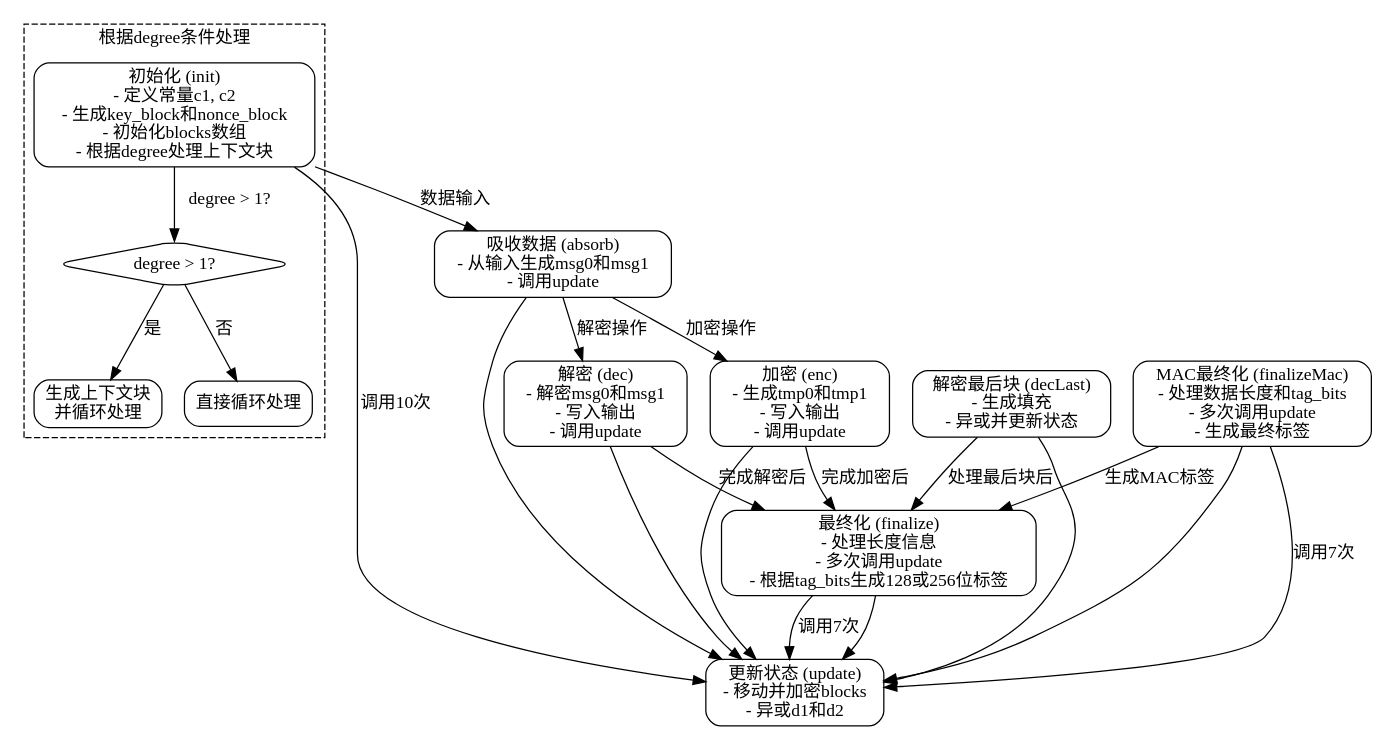
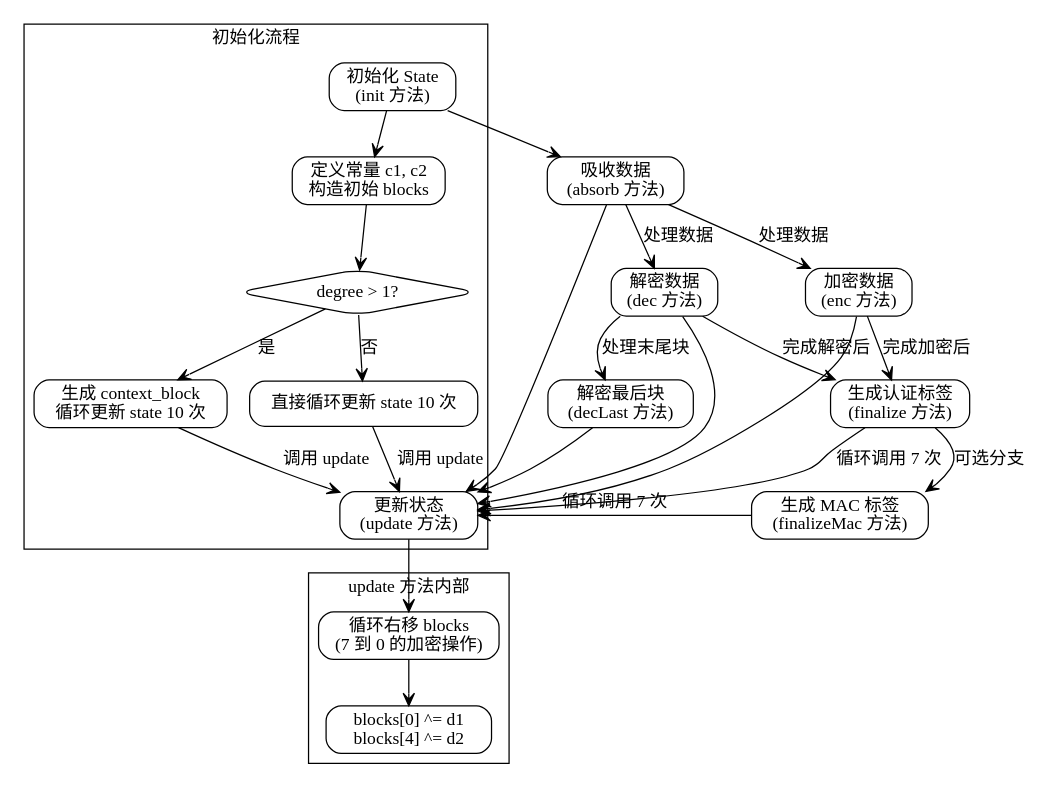
Before and after one commit to sdzx-1/deepseek-zig-reader: the diagram in dot_std/crypto/aegis.zig.State128X.md, drawn with Graphviz. The commit also changed other lines of this file and 236 other files, not shown here.

````diff
--- a/dot_std/crypto/aegis.zig.State128X.md
+++ b/dot_std/crypto/aegis.zig.State128X.md
@@ -17,62 +39,60 @@
-```dot
+```graphviz
 digraph State128X {
     rankdir=TB;
     node [shape=rectangle, style="rounded"];
+    edge [arrowhead=vee];
 
-    // 初始化
-    init [label="初始化 (init)\n- 定义常量c1, c2\n- 生成key_block和nonce_block\n- 初始化blocks数组\n- 根据degree处理上下文块"];
-    init -> update [label="调用10次"];
+    // 主要函数节点
+    init [label="初始化 State\n(init 方法)"];
+    update [label="更新状态\n(update 方法)"];
+    absorb [label="吸收数据\n(absorb 方法)"];
+    enc [label="加密数据\n(enc 方法)"];
+    dec [label="解密数据\n(dec 方法)"];
+    decLast [label="解密最后块\n(decLast 方法)"];
+    finalize [label="生成认证标签\n(finalize 方法)"];
+    finalizeMac [label="生成 MAC 标签\n(finalizeMac 方法)"];
 
-    // 更新状态
-    update [label="更新状态 (update)\n- 移动并加密blocks\n- 异或d1和d2"];
+    // 条件分支和循环
+    subgraph cluster_init {
+        label="初始化流程";
+        init_c1c2 [label="定义常量 c1, c2\n构造初始 blocks"];
+        check_degree [shape=diamond, label="degree > 1?"];
+        context_block [label="生成 context_block\n循环更新 state 10 次"];
+        default_loop [label="直接循环更新 state 10 次"];
 
-    // 吸收数据
-    absorb [label="吸收数据 (absorb)\n- 从输入生成msg0和msg1\n- 调用update"];
-
-    // 加密
-    enc [label="加密 (enc)\n- 生成tmp0和tmp1\n- 写入输出\n- 调用update"];
-
-    // 解密
-    dec [label="解密 (dec)\n- 解密msg0和msg1\n- 写入输出\n- 调用update"];
-
-    // 解密最后块
-    decLast [label="解密最后块 (decLast)\n- 生成填充\n- 异或并更新状态"];
-
-    // 最终化生成标签
-    finalize [label="最终化 (finalize)\n- 处理长度信息\n- 多次调用update\n- 根据tag_bits生成128或256位标签"];
-    finalize -> update [label="调用7次"];
-
-    // MAC最终化
-    finalizeMac [label="MAC最终化 (finalizeMac)\n- 处理数据长度和tag_bits\n- 多次调用update\n- 生成最终标签"];
-    finalizeMac -> update [label="调用7次"];
-
-    // 条件分支
-    subgraph cluster_degree {
-        label="根据degree条件处理";
-        style=dashed;
-        init -> condition_degree [label="degree > 1?"];
-        condition_degree [shape=diamond, label="degree > 1?"];
-        condition_degree -> context_block [label="是"];
-        condition_degree -> direct_loop [label="否"];
-        context_block [label="生成上下文块\n并循环处理"];
-        direct_loop [label="直接循环处理"];
+        init -> init_c1c2;
+        init_c1c2 -> check_degree;
+        check_degree -> context_block [label="是"];
+        check_degree -> default_loop [label="否"];
+        context_block -> update [label="调用 update"];
+        default_loop -> update [label="调用 update"];
     }
 
-    // 函数调用关系
+    // update 方法的内部流程
+    subgraph cluster_update {
+        label="update 方法内部";
+        rotate_blocks [label="循环右移 blocks\n(7 到 0 的加密操作)"];
+        xor_d1d2 [label="blocks[0] ^= d1\nblocks[4] ^= d2"];
+
+        update -> rotate_blocks -> xor_d1d2;
+    }
+
+    // 方法调用关系
     absorb -> update;
     enc -> update;
     dec -> update;
     decLast -> update;
-    finalize -> update;
-    finalizeMac -> update;
 
-    // 主流程
-    init -> absorb [label="数据输入"];
-    absorb -> enc [label="加密操作"];
-    absorb -> dec [label="解密操作"];
+    finalize -> update [label="循环调用 7 次"];
+    finalizeMac -> update [label="循环调用 7 次"];
+
+    // 主流程连接
+    init -> absorb [ltail=cluster_init];
+    absorb -> enc [label="处理数据"];
+    absorb -> dec [label="处理数据"];
+    dec -> decLast [label="处理末尾块"];
     enc -> finalize [label="完成加密后"];
     dec -> finalize [label="完成解密后"];
-    decLast -> finalize [label="处理最后块后"];
-    finalizeMac -> finalize [label="生成MAC标签"];
+    finalize -> finalizeMac [label="可选分支"];
 }
 ```
````
